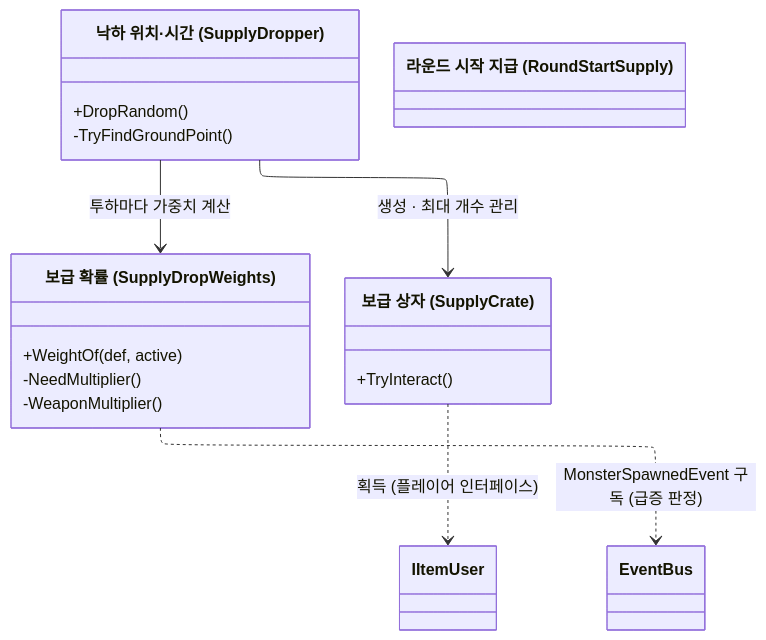
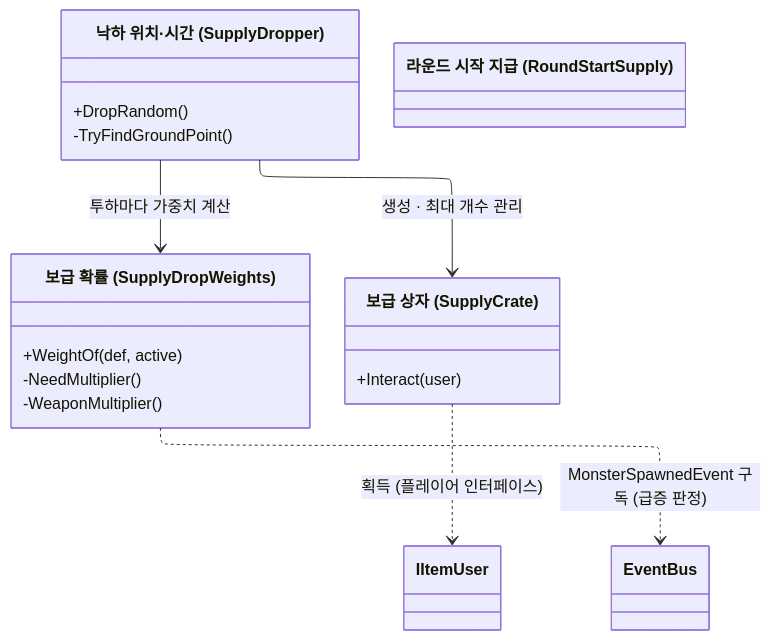
Before and after one commit to pinkshield/portfolio: the fifth of 9 diagrams in src/4-team-even/기술문서.md, drawn with Mermaid. The commit also changed other lines of this file and 3 other files, not shown here.

````diff
--- a/src/4-team-even/기술문서.md
+++ b/src/4-team-even/기술문서.md
@@ -207,21 +261,21 @@
 ```mermaid
 %%{init: {"layout": "elk"}}%%
 classDiagram
     class SupplyDropper["낙하 위치·시간 (SupplyDropper)"] {
         +DropRandom()
         -TryFindGroundPoint()
     }
     class SupplyDropWeights["보급 확률 (SupplyDropWeights)"] {
         +WeightOf(def, active)
         -NeedMultiplier()
         -WeaponMultiplier()
     }
     class SupplyCrate["보급 상자 (SupplyCrate)"] {
-        +TryInteract()
+        +Interact(user)
     }
     class RoundStartSupply["라운드 시작 지급 (RoundStartSupply)"]
     SupplyDropper --> SupplyDropWeights : 투하마다 가중치 계산
     SupplyDropper --> SupplyCrate : 생성 · 최대 개수 관리
     SupplyCrate ..> IItemUser : 획득 (플레이어 인터페이스)
     SupplyDropWeights ..> EventBus : MonsterSpawnedEvent 구독 (급증 판정)
 ```
````
